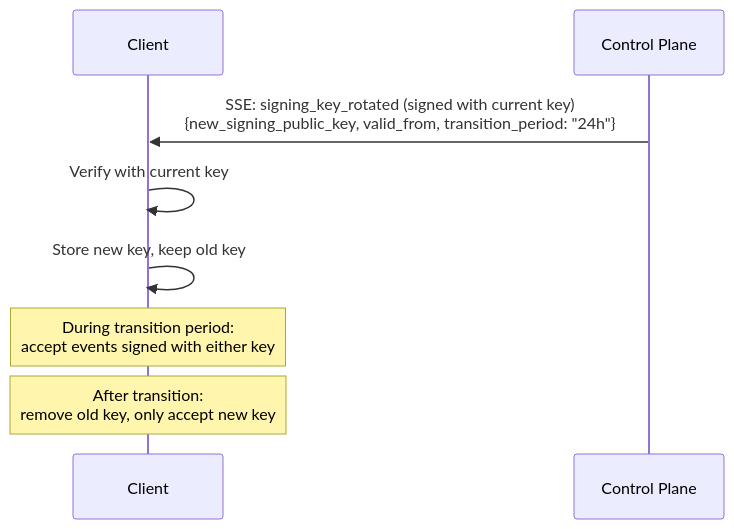
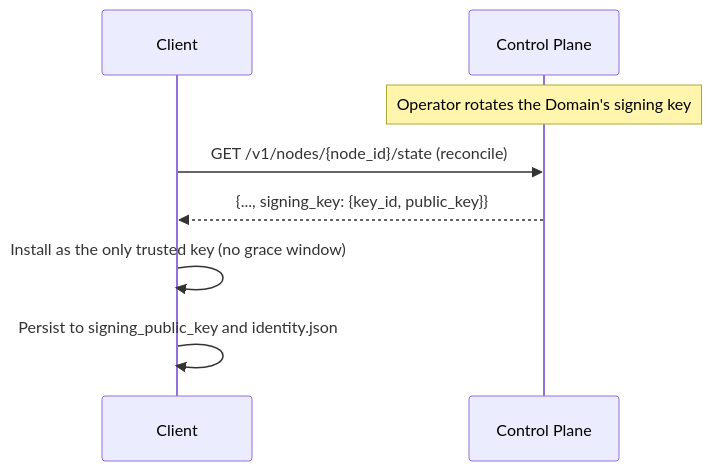
The third of 3 diagrams in docs/guide/security.md (plexsphere/plexd), drawn with Mermaid before and after one commit. The commit also changed other lines of this file and 12 other files, not shown here.

````diff
--- a/docs/guide/security.md
+++ b/docs/guide/security.md
@@ -143,11 +154,11 @@
 ```mermaid
 sequenceDiagram
     participant C as Client
     participant CP as Control Plane
 
-    CP->>C: SSE: signing_key_rotated (signed with current key)<br/>{new_signing_public_key, valid_from, transition_period: "24h"}
-    C->>C: Verify with current key
-    C->>C: Store new key, keep old key
-    Note over C: During transition period:<br/>accept events signed with either key
-    Note over C: After transition:<br/>remove old key, only accept new key
+    Note over CP: Operator rotates the Domain's signing key
+    C->>CP: GET /v1/nodes/{node_id}/state (reconcile)
+    CP-->>C: {..., signing_key: {key_id, public_key}}
+    C->>C: Install as the only trusted key (no grace window)
+    C->>C: Persist to signing_public_key and identity.json
 ```
````
